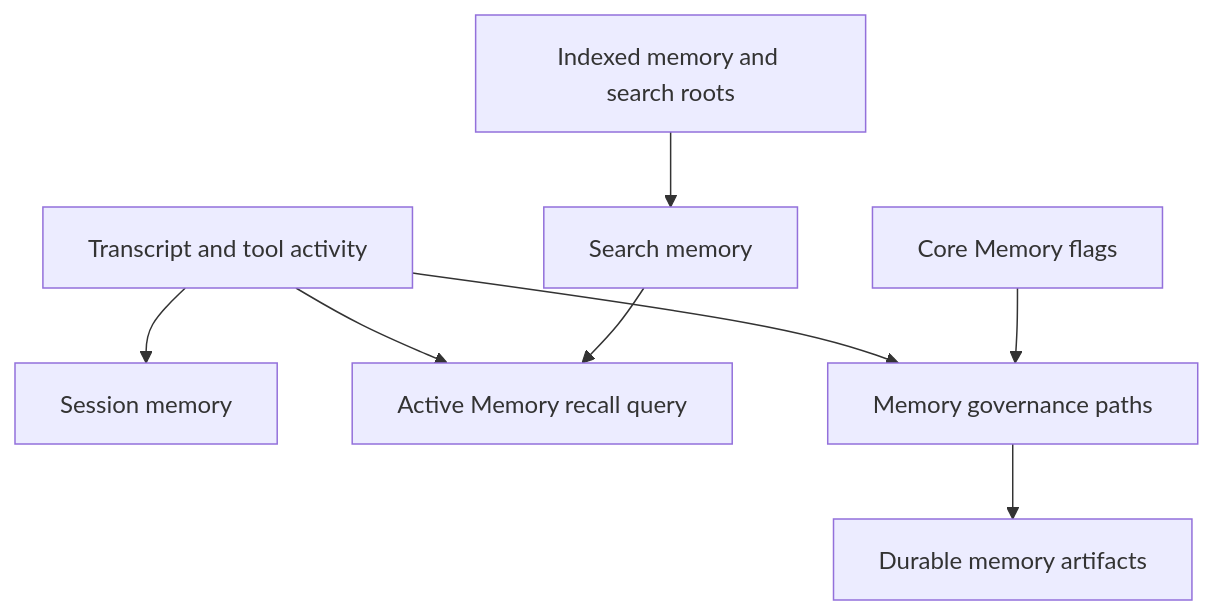
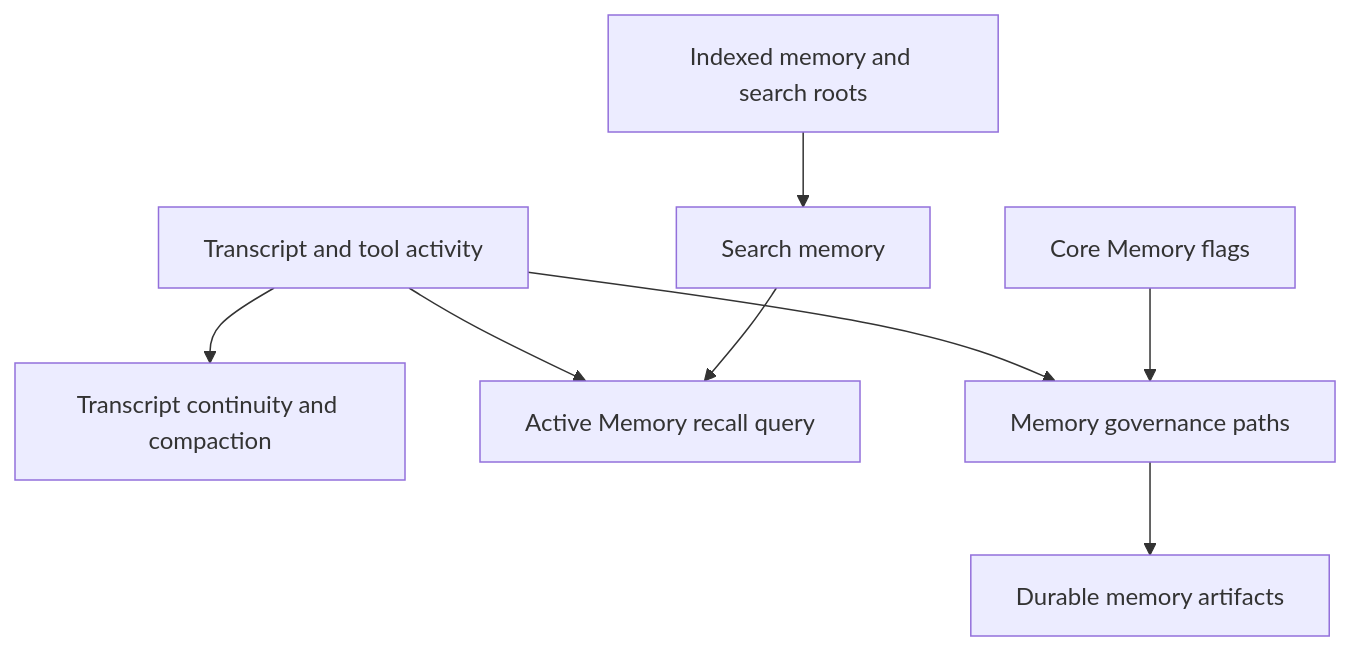
The diagram in docs/guide/memory-systems.md (tulkun-lab/tulkun-lab.github.io), drawn with Mermaid before and after one commit. The commit also changed other lines of this file and 7 other files, not shown here.

````diff
--- a/docs/guide/memory-systems.md
+++ b/docs/guide/memory-systems.md
@@ -28,10 +28,10 @@
 ```mermaid
 flowchart TB
-    A["Transcript and tool activity"] --> B["Session memory"]
+    A["Transcript and tool activity"] --> B["Transcript continuity and compaction"]
     A --> C["Active Memory recall query"]
     D["Indexed memory and search roots"] --> E["Search memory"]
     E --> C
     A --> F["Memory governance paths"]
     F --> G["Durable memory artifacts"]
     H["Core Memory flags"] --> F
 ```
````
